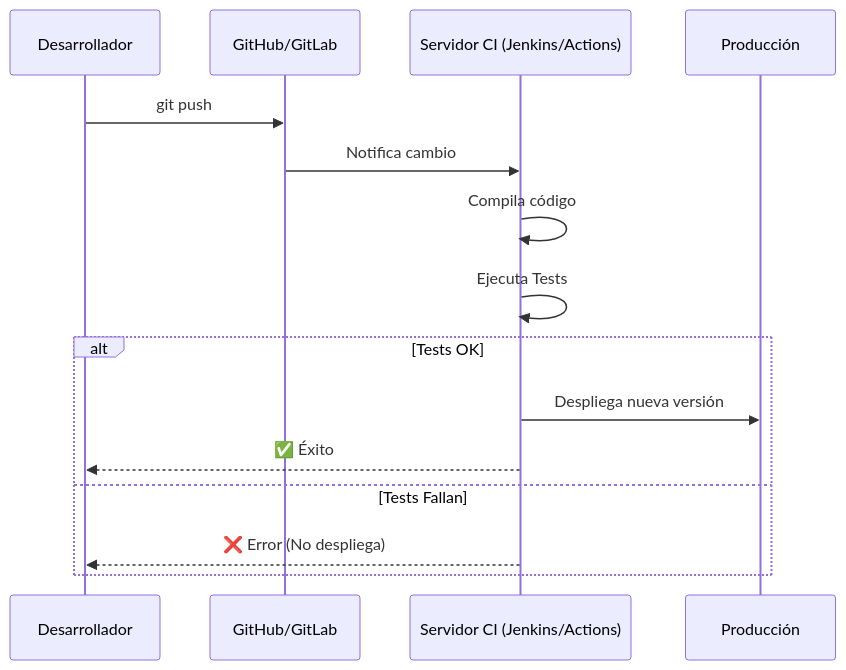
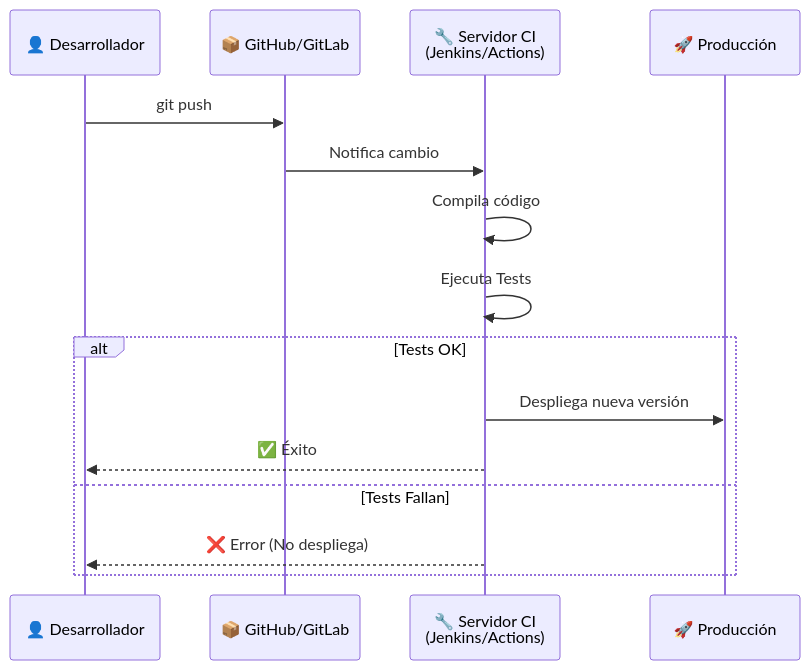
The seventh of 7 diagrams in 09-despliegue.md (joseluisgs/DesarrolloWebEntornosServidor-01-2026-2027), drawn with Mermaid before and after one commit. The commit also changed other lines of this file and 8 other files, not shown here.

````diff
--- a/09-despliegue.md
+++ b/09-despliegue.md
@@ -85,18 +286,18 @@
 ```mermaid
 sequenceDiagram
-    participant Dev as Desarrollador
-    participant Git as GitHub/GitLab
-    participant CI as Servidor CI (Jenkins/Actions)
-    participant Prod as Producción
+    participant D as 👤 Desarrollador
+    participant G as 📦 GitHub/GitLab
+    participant CI as 🔧 Servidor CI<br/>(Jenkins/Actions)
+    participant P as 🚀 Producción
 
-    Dev->>Git: git push
-    Git->>CI: Notifica cambio
+    D->>G: git push
+    G->>CI: Notifica cambio
     CI->>CI: Compila código
     CI->>CI: Ejecuta Tests
     alt Tests OK
-        CI->>Prod: Despliega nueva versión
-        CI-->>Dev: ✅ Éxito
+        CI->>P: Despliega nueva versión
+        CI-->>D: ✅ Éxito
     else Tests Fallan
-        CI-->>Dev: ❌ Error (No despliega)
+        CI-->>D: ❌ Error (No despliega)
     end
 ```
````
